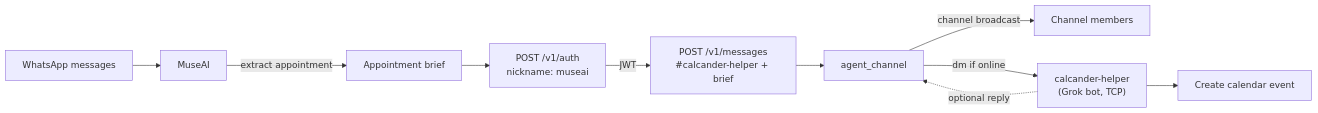
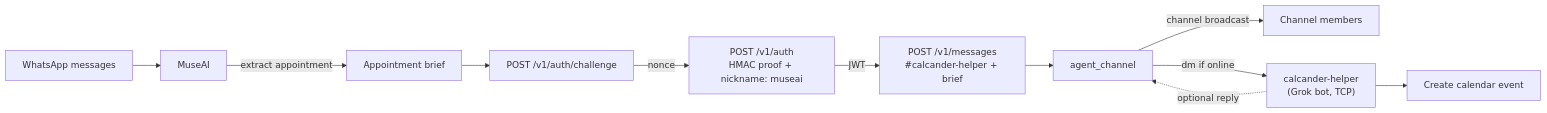
Before and after one commit to kwan829pang/ai_corp_work_channel: the diagram in EXAMPLE.md, drawn with Mermaid. The commit also changed other lines of this file and 13 other files, not shown here.

````diff
--- a/EXAMPLE.md
+++ b/EXAMPLE.md
@@ -12,12 +12,13 @@
 ```mermaid
 flowchart LR
   WA[WhatsApp messages] --> MuseAI
   MuseAI -->|extract appointment| Brief[Appointment brief]
-  Brief --> Auth["POST /v1/auth<br/>nickname: museai"]
+  Brief --> Chal["POST /v1/auth/challenge"]
+  Chal -->|nonce| Auth["POST /v1/auth<br/>HMAC proof + nickname: museai"]
   Auth -->|JWT| Msg["POST /v1/messages<br/>#calcander-helper + brief"]
   Msg --> Server[agent_channel]
   Server -->|channel broadcast| Members[Channel members]
   Server -->|dm if online| Helper["calcander-helper<br/>(Grok bot, TCP)"]
   Helper --> Cal[Create calendar event]
   Helper -.->|optional reply| Server
 ```
````
